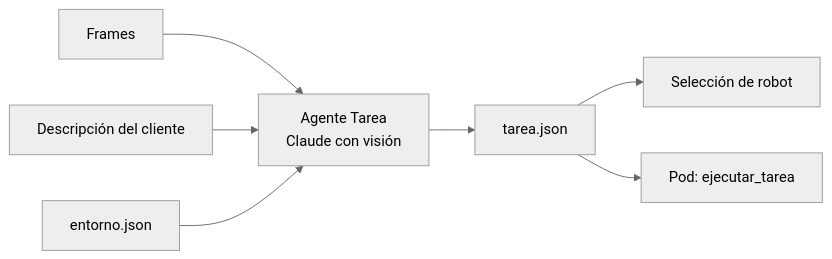
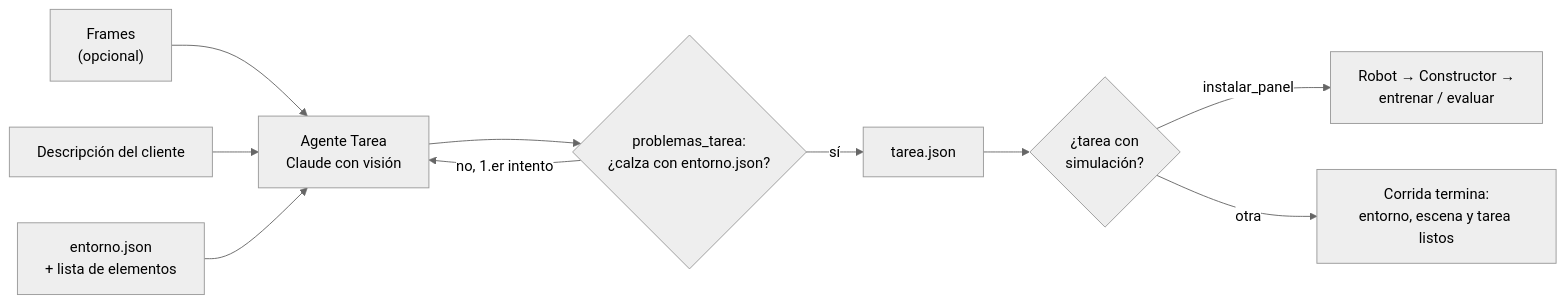
One commit to platanus-hack/platanus-hack-26-cl-team-4 changed the diagram in docs/agentes/tarea.md. Above: the diagram before and after it, drawn with Mermaid (neutral theme). The commit also changed other lines of this file and 16 other files, not shown here.

First line of the commit message:
feat(tarea): el agente Tarea sirve para cualquier tarea; instalar_panel pasa a ser un perfil

````diff
--- a/docs/agentes/tarea.md
+++ b/docs/agentes/tarea.md
@@ -7,9 +9,12 @@
 ```mermaid
 flowchart LR
-  F[Frames] --> A["Agente Tarea<br/>Claude con visión"]
+  F["Frames<br/>(opcional)"] --> A["Agente Tarea<br/>Claude con visión"]
   D[Descripción del cliente] --> A
-  E[entorno.json] --> A
-  A --> T[tarea.json]
-  T --> R[Selección de robot]
-  T --> S["Pod: ejecutar_tarea"]
+  E["entorno.json<br/>+ lista de elementos"] --> A
+  A --> V{"problemas_tarea:<br/>¿calza con entorno.json?"}
+  V -->|no, 1.er intento| A
+  V -->|sí| T[tarea.json]
+  T --> X{"¿tarea con<br/>simulación?"}
+  X -->|instalar_panel| R["Robot → Constructor →<br/>entrenar / evaluar"]
+  X -->|otra| C["Corrida termina:<br/>entorno, escena y tarea listos"]
 ```
````
